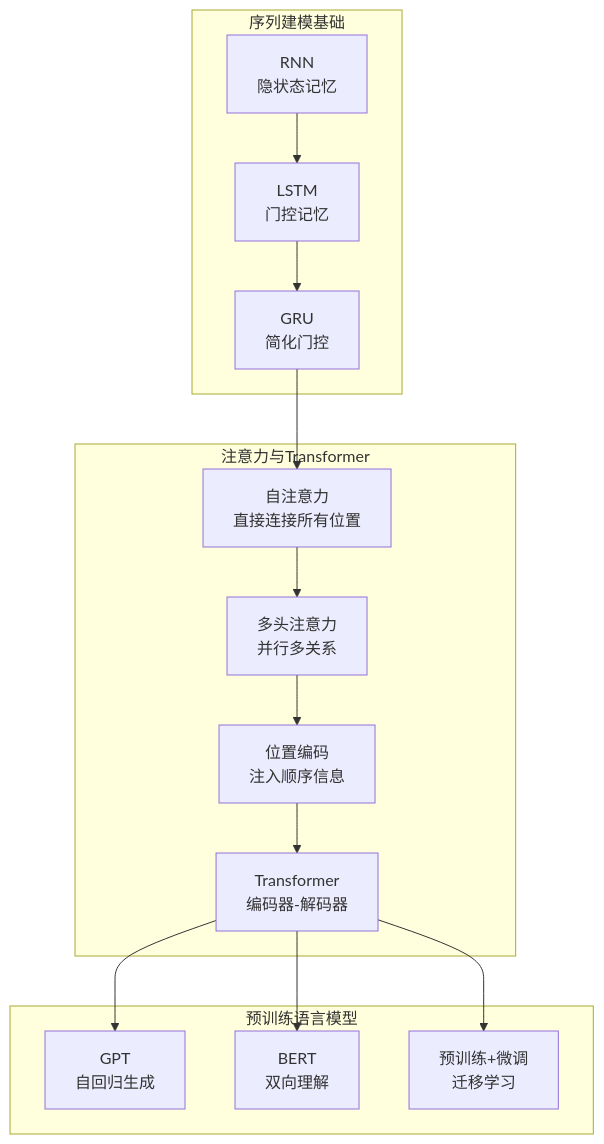
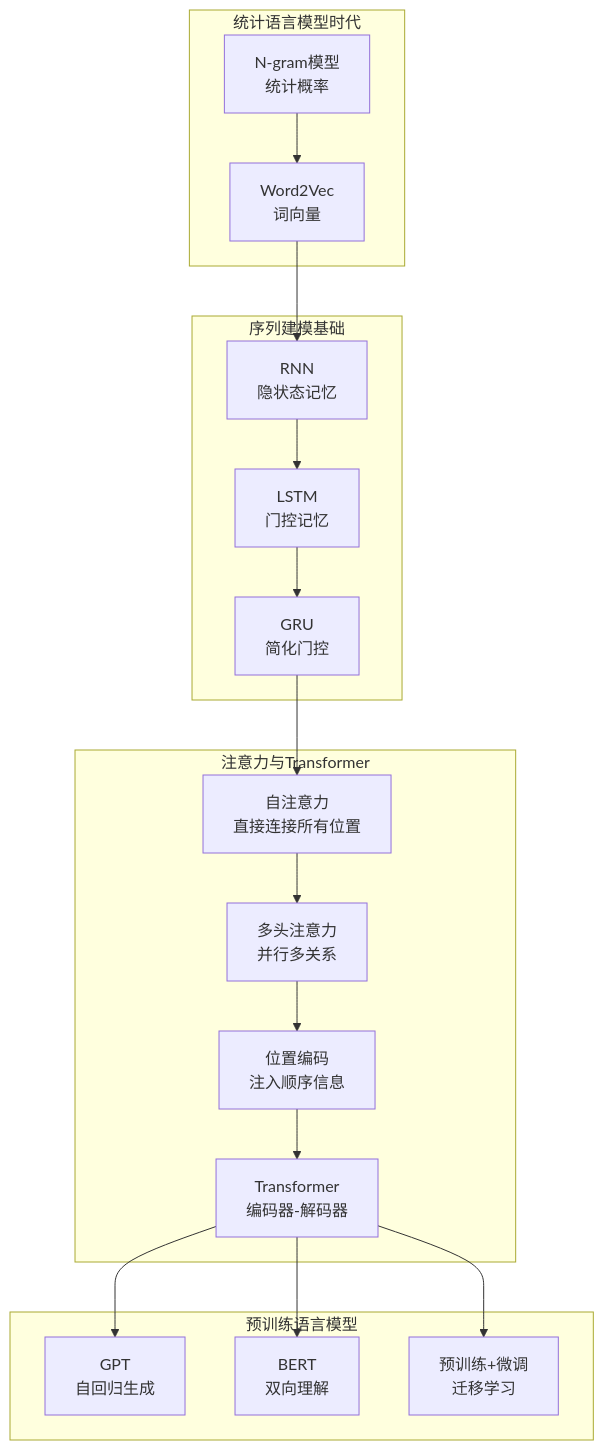
One commit to Running0-0/java-ai-path changed the second of 7 diagrams in .qoder/repowiki/zh/content/大语言模型系统/大语言模型系统.md. Above: the diagram before and after it, drawn with Mermaid. The commit also changed other lines of this file and 57 other files, not shown here.

````diff
--- a/.qoder/repowiki/zh/content/大语言模型系统/大语言模型系统.md
+++ b/.qoder/repowiki/zh/content/大语言模型系统/大语言模型系统.md
@@ -111,24 +150,30 @@
 ```mermaid
 graph TB
+subgraph "统计语言模型时代"
+Ngram["N-gram模型<br/>统计概率"]
+Word2Vec["Word2Vec<br/>词向量"]
+end
 subgraph "序列建模基础"
 RNN["RNN<br/>隐状态记忆"]
 LSTM["LSTM<br/>门控记忆"]
 GRU["GRU<br/>简化门控"]
 end
 subgraph "注意力与Transformer"
 Attn["自注意力<br/>直接连接所有位置"]
 MHA["多头注意力<br/>并行多关系"]
 PosEnc["位置编码<br/>注入顺序信息"]
 Trans["Transformer<br/>编码器-解码器"]
 end
 subgraph "预训练语言模型"
 GPT["GPT<br/>自回归生成"]
 BERT["BERT<br/>双向理解"]
 PT["预训练+微调<br/>迁移学习"]
 end
+Ngram --> Word2Vec
+Word2Vec --> RNN
 RNN --> LSTM --> GRU
 GRU --> Attn
 Attn --> MHA --> PosEnc --> Trans --> PT
 Trans --> GPT
 Trans --> BERT
 ```
````
